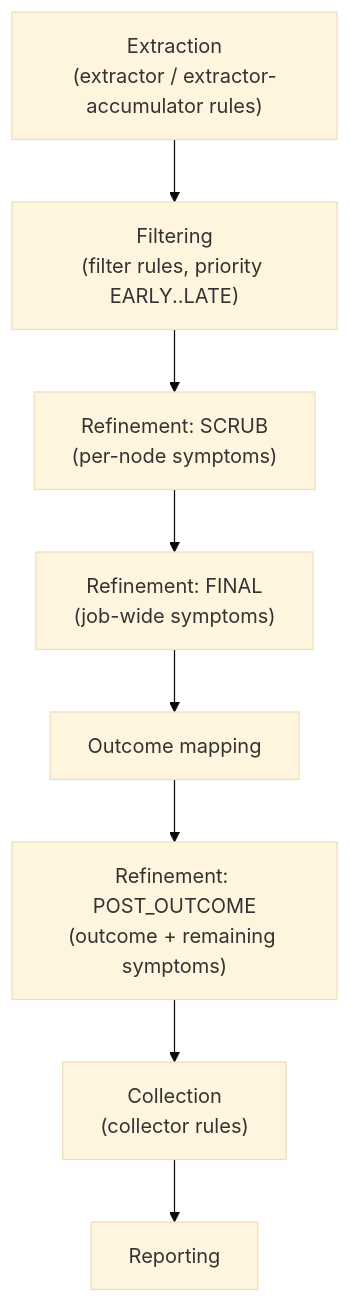
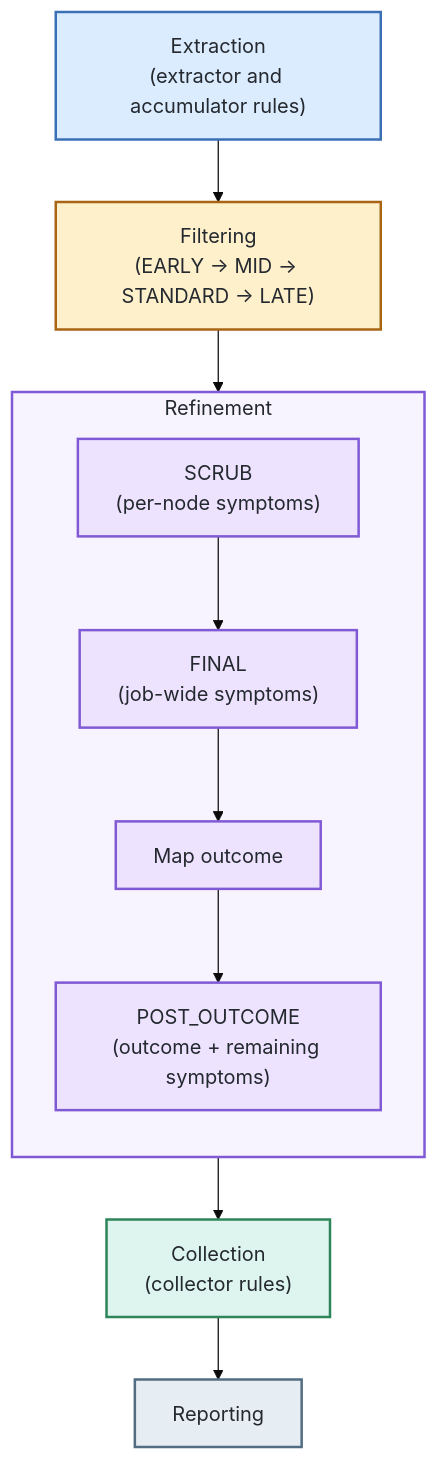
One commit to abonillabeeche/attribution changed the fourth of 4 diagrams in docs/attribution.md. Above: the diagram before and after it, drawn with Mermaid (base theme). The commit also changed other lines of this file and 1 other file, not shown here.

````diff
--- a/docs/attribution.md
+++ b/docs/attribution.md
@@ -170,10 +212,35 @@
 ```mermaid
 flowchart TD
-    E["Extraction<br/>(extractor / extractor-accumulator rules)"] --> F["Filtering<br/>(filter rules, priority EARLY..LATE)"]
-    F --> S["Refinement: SCRUB<br/>(per-node symptoms)"]
-    S --> FI["Refinement: FINAL<br/>(job-wide symptoms)"]
-    FI --> OC[Outcome mapping]
-    OC --> PO["Refinement: POST_OUTCOME<br/>(outcome + remaining symptoms)"]
-    PO --> C["Collection<br/>(collector rules)"]
-    C --> RPT[Reporting]
+    accTitle: Attribution processing phases
+    accDescr: Extraction creates events, filtering processes them, refinement reduces symptoms and selects an outcome, collection gathers supplemental data, and reporting returns the result.
+
+    E["Extraction<br/>(extractor and accumulator rules)"]
+    F["Filtering<br/>(EARLY → MID → STANDARD → LATE)"]
+
+    subgraph REF["Refinement"]
+        direction TD
+        S["SCRUB<br/>(per-node symptoms)"] --> FI["FINAL<br/>(job-wide symptoms)"]
+        FI --> OC["Map outcome"]
+        OC --> PO["POST_OUTCOME<br/>(outcome + remaining symptoms)"]
+    end
+
+    C["Collection<br/>(collector rules)"]
+    RPT["Reporting"]
+
+    E --> F --> REF
+    REF --> C --> RPT
+
+    classDef extraction fill:#dcecff,stroke:#3b6fb6,color:#24292f,stroke-width:2px
+    classDef filtering fill:#fff0cc,stroke:#a86614,color:#24292f,stroke-width:2px
+    classDef refinement fill:#ede3ff,stroke:#805ad5,color:#24292f,stroke-width:2px
+    classDef collection fill:#ddf5ee,stroke:#2f855a,color:#24292f,stroke-width:2px
+    classDef reporting fill:#e7eef3,stroke:#526d82,color:#24292f,stroke-width:2px
+
+    style REF fill:#f8f4ff,stroke:#805ad5,color:#24292f,stroke-width:2px
+
+    class E extraction
+    class F filtering
+    class S,FI,OC,PO refinement
+    class C collection
+    class RPT reporting
 ```
````
